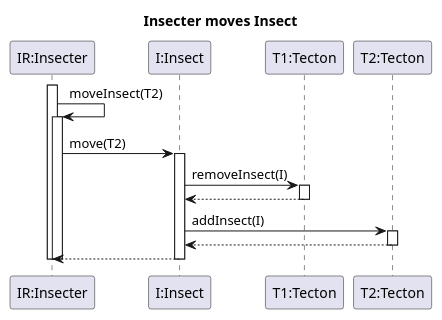
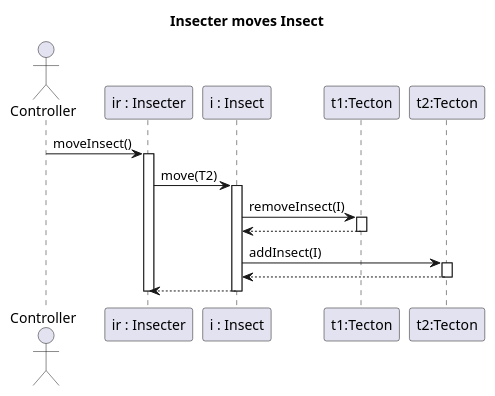
Before and after one commit to Petya-G/fungorium: the diagram in 3/sequence/moveInsect.puml, drawn with PlantUML.

Commit message:
move insect update

```diff
--- a/3/sequence/moveInsect.puml
+++ b/3/sequence/moveInsect.puml
@@ -1,30 +1,29 @@
 @startuml moveInsect
 title Insecter moves Insect
 
-participant "IR:Insecter" as IR
-participant "I:Insect" as I
-participant "T1:Tecton" as T1
-participant "T2:Tecton" as T2
+actor Controller
+participant "ir : Insecter" as IR
+participant "i : Insect" as I
+participant "t1:Tecton" as T1
+participant "t2:Tecton" as T2
 
-
-activate IR
-IR -> IR: moveInsect(T2)
+Controller -> IR: moveInsect()
 activate IR
 IR -> I: move(T2) 
 activate I
 I -> T1: removeInsect(I)
 activate T1
 T1 --> I:
 deactivate T1
 I -> T2: addInsect(I)
 activate T2
 T2 --> I:
 deactivate T2
 
 I --> IR
 
 deactivate I
 
 deactivate IR
 deactivate IR
 @enduml
```
